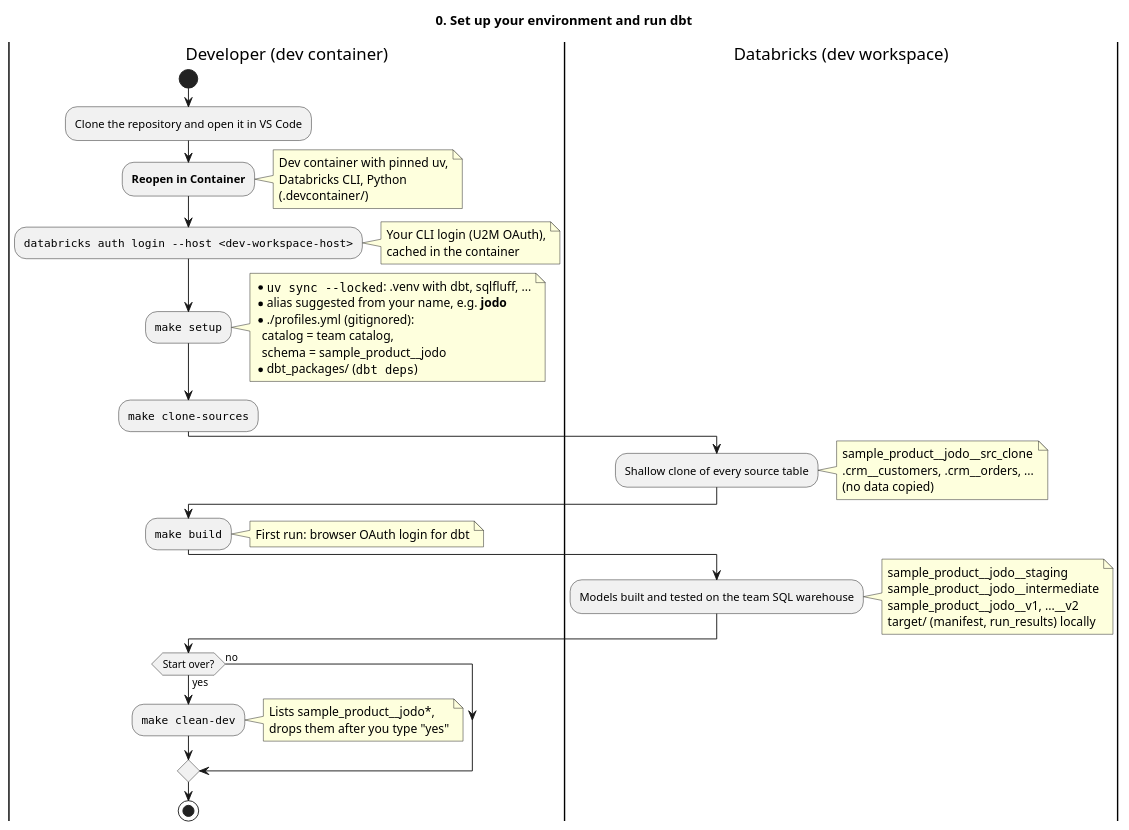
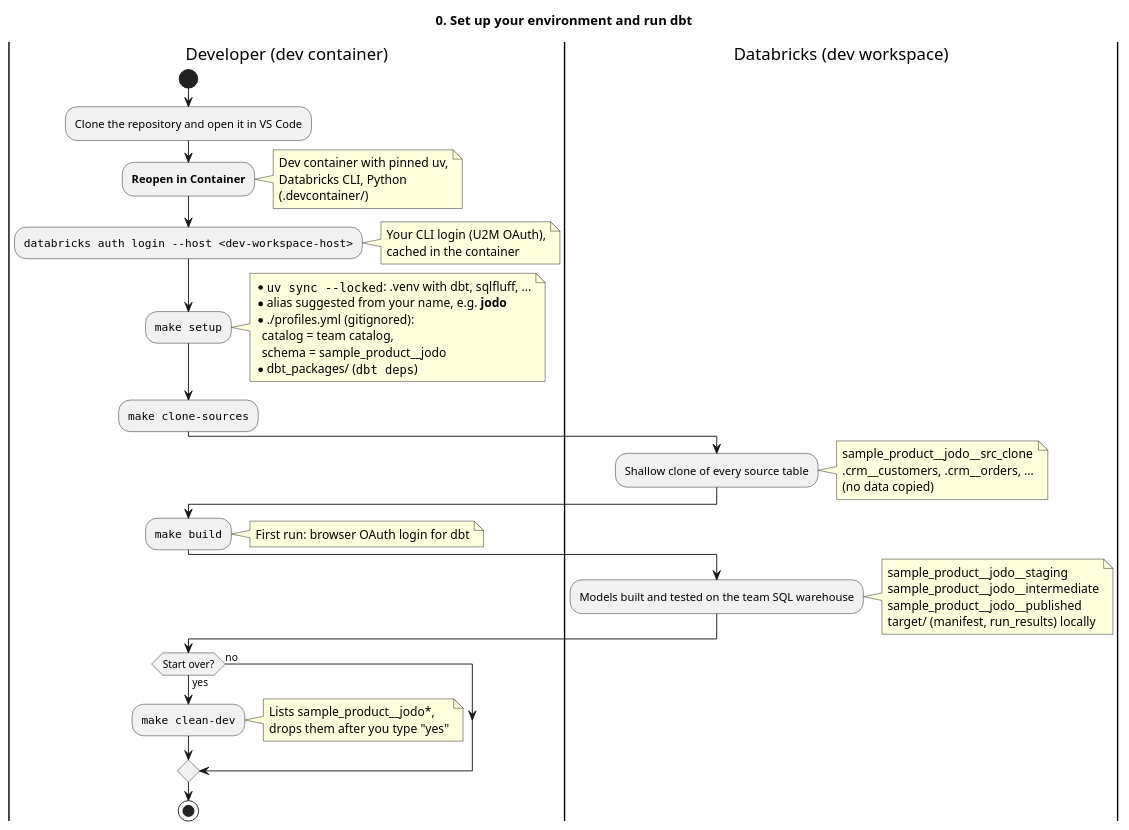
One commit to PeterHenell/dbt-databricks-template changed the diagram in docs/diagrams/workflow-0-setup.puml. Above: the diagram before and after it, drawn with PlantUML. The commit also changed 26 other files, not shown here.

```diff
--- a/docs/diagrams/workflow-0-setup.puml
+++ b/docs/diagrams/workflow-0-setup.puml
@@ -1,58 +1,58 @@
 @startuml workflow-0-setup
 title 0. Set up your environment and run dbt
 
 |Developer (dev container)|
 start
 :Clone the repository and open it in VS Code;
 :**Reopen in Container**;
 note right
   Dev container with pinned uv,
   Databricks CLI, Python
   (.devcontainer/)
 end note
 :""databricks auth login ~--host <dev-workspace-host>"";
 note right
   Your CLI login (U2M OAuth),
   cached in the container
 end note
 :""make setup"";
 note right
   * ""uv sync ~--locked"": .venv with dbt, sqlfluff, ...
   * alias suggested from your name, e.g. **jodo**
   * ./profiles.yml (gitignored):
     catalog = team catalog,
     schema = sample_product~__jodo
   * dbt_packages/ (""dbt deps"")
 end note
 :""make clone-sources"";
 |Databricks (dev workspace)|
 :Shallow clone of every source table;
 note right
   sample_product~__jodo~__src_clone
   .crm~__customers, .crm~__orders, ...
   (no data copied)
 end note
 |Developer (dev container)|
 :""make build"";
 note right
   First run: browser OAuth login for dbt
 end note
 |Databricks (dev workspace)|
 :Models built and tested on the team SQL warehouse;
 note right
   sample_product~__jodo~__staging
   sample_product~__jodo~__intermediate
-  sample_product~__jodo~__v1, ...~__v2
+  sample_product~__jodo~__published
   target/ (manifest, run_results) locally
 end note
 |Developer (dev container)|
 if (Start over?) then (yes)
   :""make clean-dev"";
   note right
     Lists sample_product~__jodo*,
     drops them after you type "yes"
   end note
 else (no)
 endif
 stop
 @enduml
```
